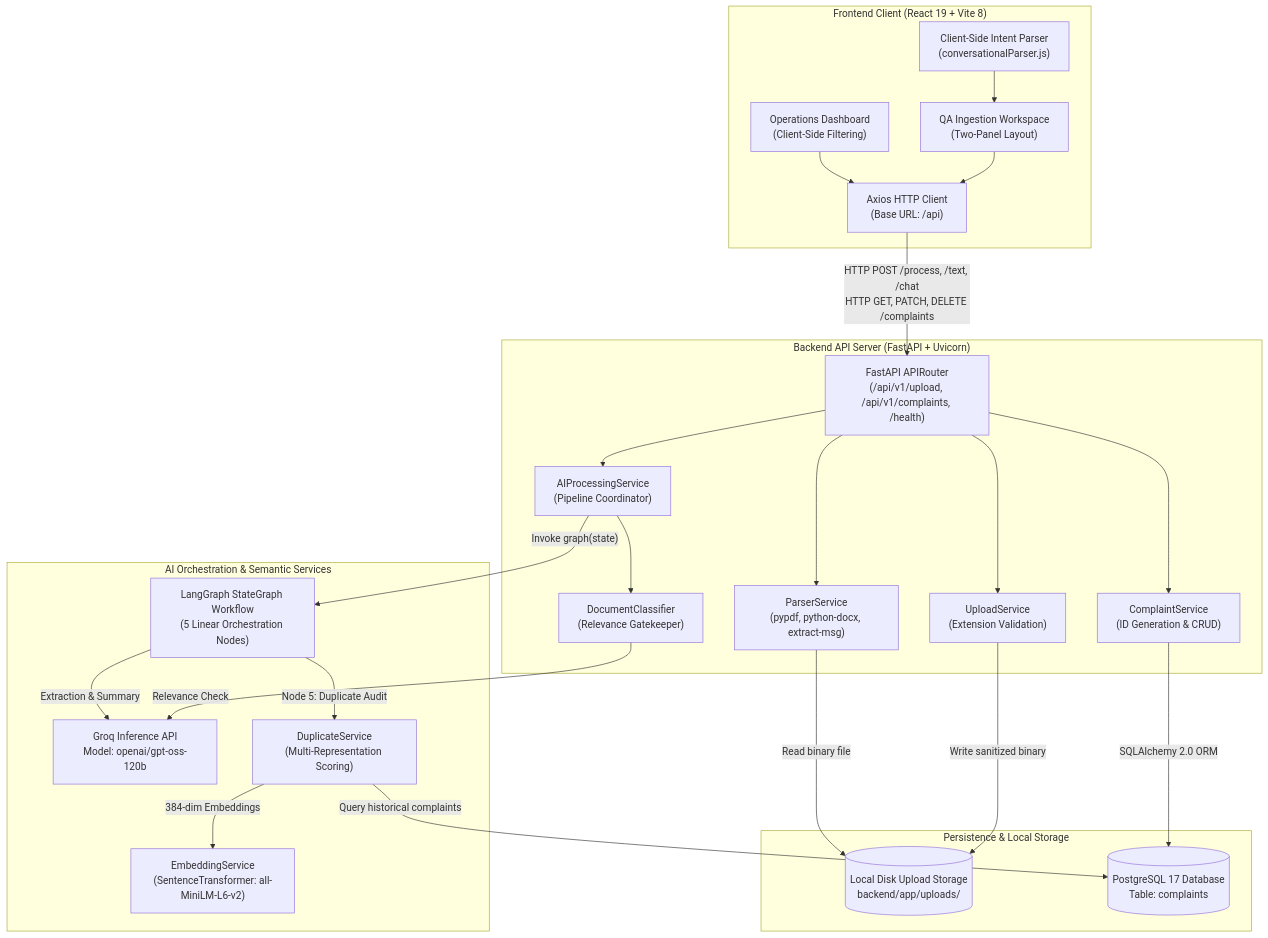
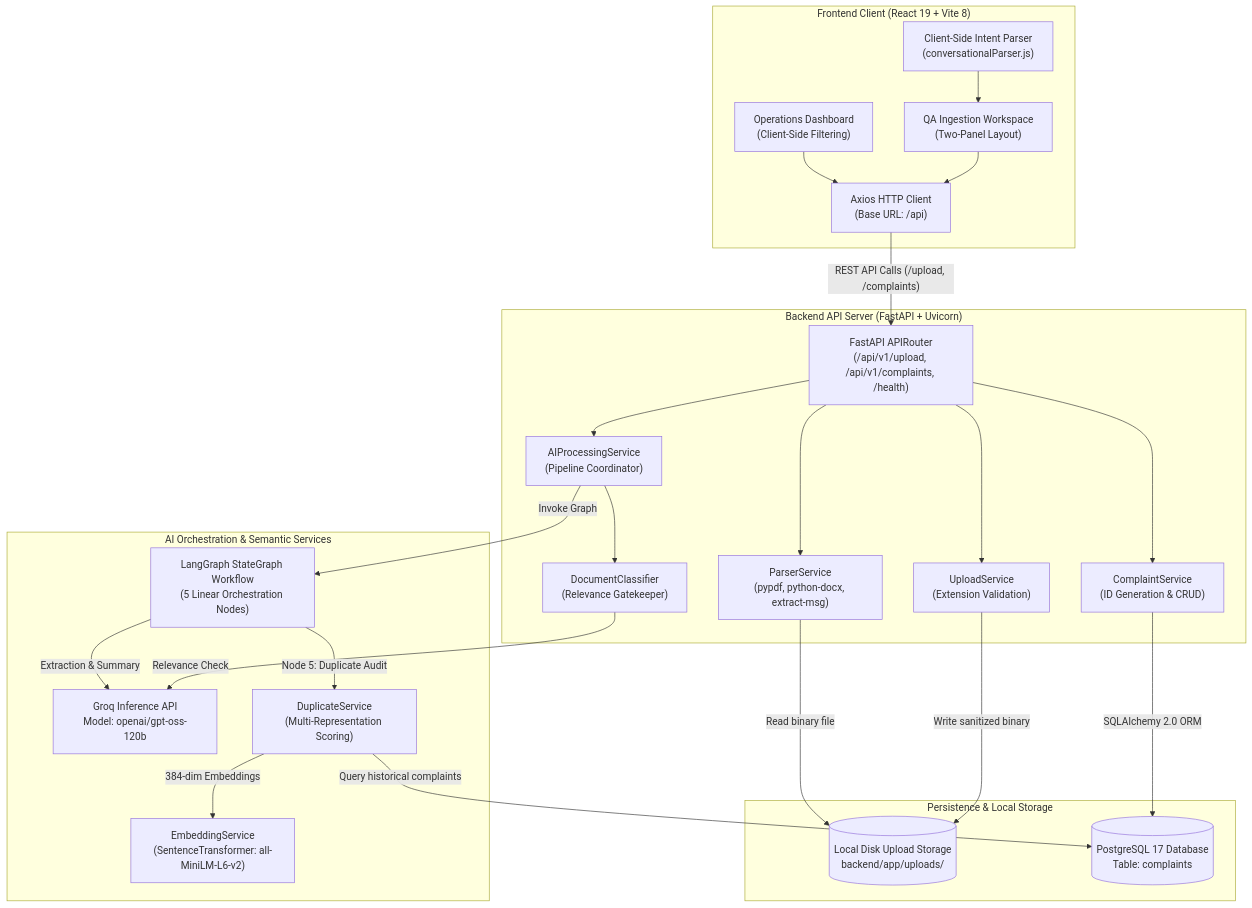
The second of 7 diagrams in README.md (Sumeet2005/ai-pharmaceutical-complaint-system), drawn with Mermaid before and after one commit. The commit also changed other lines of this file, not shown here.

Commit message:
docs: improve README and fix Mermaid diagrams

````diff
--- a/README.md
+++ b/README.md
@@ -115,53 +110,53 @@
 ```mermaid
 flowchart TD
     subgraph ClientLayer["Frontend Client (React 19 + Vite 8)"]
         UI["QA Ingestion Workspace\n(Two-Panel Layout)"]
         DashboardUI["Operations Dashboard\n(Client-Side Filtering)"]
         ClientParser["Client-Side Intent Parser\n(conversationalParser.js)"]
         AxiosClient["Axios HTTP Client\n(Base URL: /api)"]
     end
 
     subgraph ServerLayer["Backend API Server (FastAPI + Uvicorn)"]
         Router["FastAPI APIRouter\n(/api/v1/upload, /api/v1/complaints, /health)"]
         UploadSvc["UploadService\n(Extension Validation)"]
         ParserSvc["ParserService\n(pypdf, python-docx, extract-msg)"]
         AISvc["AIProcessingService\n(Pipeline Coordinator)"]
         Classifier["DocumentClassifier\n(Relevance Gatekeeper)"]
         ComplaintSvc["ComplaintService\n(ID Generation & CRUD)"]
     end
 
     subgraph StorageLayer["Persistence & Local Storage"]
         LocalStorage[("Local Disk Upload Storage\nbackend/app/uploads/")]
         PostgreSQL[("PostgreSQL 17 Database\nTable: complaints")]
     end
 
     subgraph AIEngine["AI Orchestration & Semantic Services"]
         GroqClient["Groq Inference API\nModel: openai/gpt-oss-120b"]
         LangGraphWorkflow["LangGraph StateGraph Workflow\n(5 Linear Orchestration Nodes)"]
         DuplicateSvc["DuplicateService\n(Multi-Representation Scoring)"]
         EmbeddingSvc["EmbeddingService\n(SentenceTransformer: all-MiniLM-L6-v2)"]
     end
 
     UI --> AxiosClient
     DashboardUI --> AxiosClient
     ClientParser --> UI
-    AxiosClient -->|"HTTP POST /process, /text, /chat\nHTTP GET, PATCH, DELETE /complaints"| Router
+    AxiosClient -->|"REST API Calls (/upload, /complaints)"| Router
 
     Router --> UploadSvc
     Router --> ParserSvc
     Router --> AISvc
     Router --> ComplaintSvc
 
     UploadSvc -->|"Write sanitized binary"| LocalStorage
     ParserSvc -->|"Read binary file"| LocalStorage
 
     AISvc --> Classifier
     Classifier -->|"Relevance Check"| GroqClient
-    AISvc -->|"Invoke graph(state)"| LangGraphWorkflow
+    AISvc -->|"Invoke Graph"| LangGraphWorkflow
     LangGraphWorkflow -->|"Extraction & Summary"| GroqClient
     LangGraphWorkflow -->|"Node 5: Duplicate Audit"| DuplicateSvc
     DuplicateSvc -->|"384-dim Embeddings"| EmbeddingSvc
     DuplicateSvc -->|"Query historical complaints"| PostgreSQL
 
     ComplaintSvc -->|"SQLAlchemy 2.0 ORM"| PostgreSQL
 ```
````
